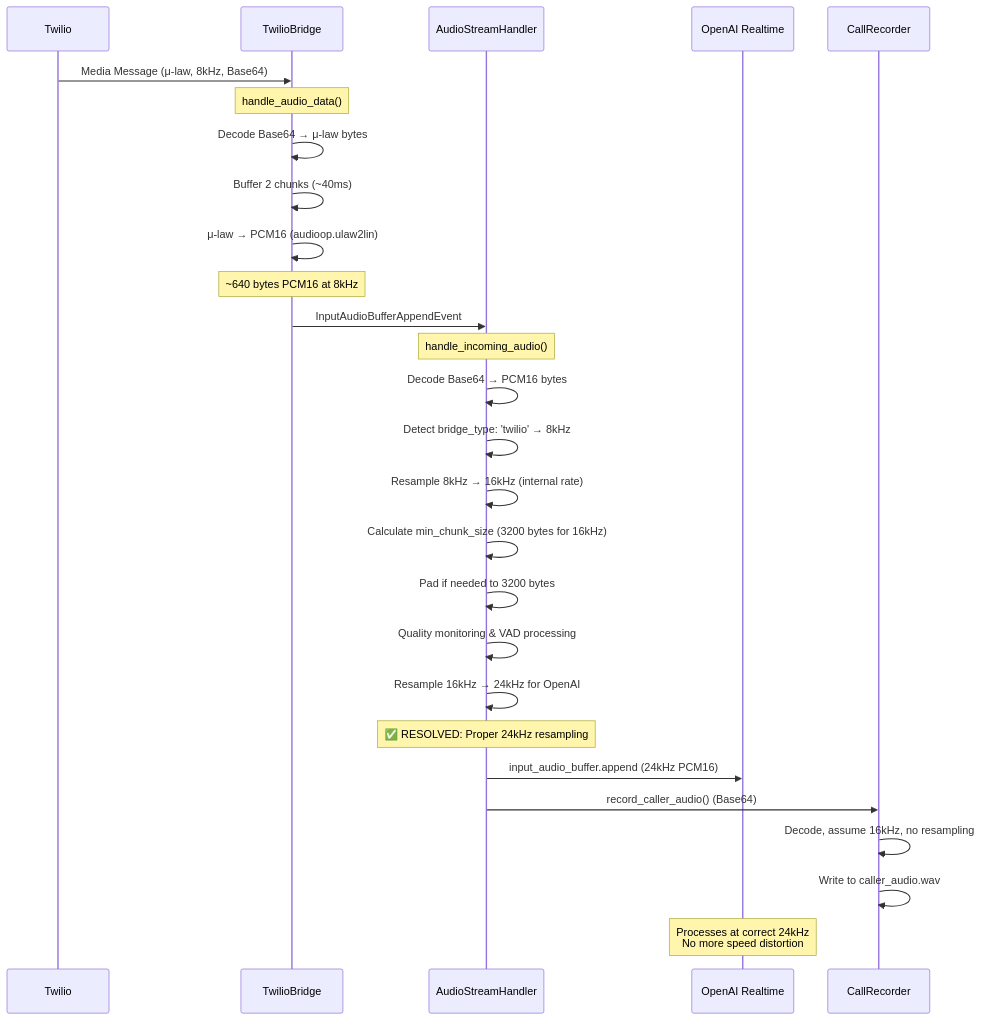
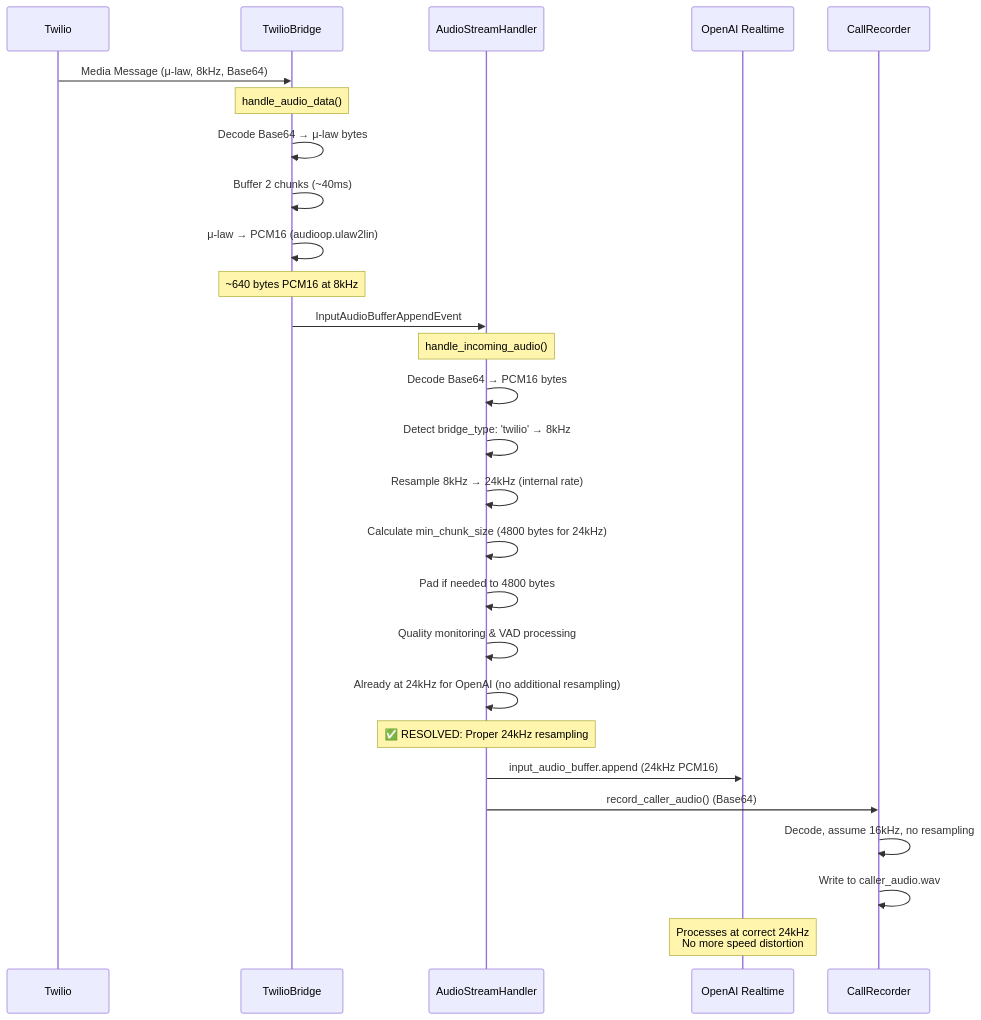
The fifth of 9 diagrams in docs/core/audio_technical_implementation.md (csmangum/opusagent), drawn with Mermaid before and after one commit. The commit also changed other lines of this file and 11 other files, not shown here.

````diff
--- a/docs/core/audio_technical_implementation.md
+++ b/docs/core/audio_technical_implementation.md
@@ -161,33 +162,33 @@
 ```mermaid
 sequenceDiagram
     participant T as Twilio
     participant TB as TwilioBridge
     participant ASH as AudioStreamHandler
     participant OAI as OpenAI Realtime
     participant CR as CallRecorder
     
     T->>TB: Media Message (μ-law, 8kHz, Base64)
     Note over TB: handle_audio_data()
     TB->>TB: Decode Base64 → μ-law bytes
     TB->>TB: Buffer 2 chunks (~40ms)
     TB->>TB: μ-law → PCM16 (audioop.ulaw2lin)
     Note over TB: ~640 bytes PCM16 at 8kHz
     TB->>ASH: InputAudioBufferAppendEvent
     
     Note over ASH: handle_incoming_audio()
     ASH->>ASH: Decode Base64 → PCM16 bytes
     ASH->>ASH: Detect bridge_type: 'twilio' → 8kHz
-    ASH->>ASH: Resample 8kHz → 16kHz (internal rate)
-    ASH->>ASH: Calculate min_chunk_size (3200 bytes for 16kHz)
-    ASH->>ASH: Pad if needed to 3200 bytes
+    ASH->>ASH: Resample 8kHz → 24kHz (internal rate)
+    ASH->>ASH: Calculate min_chunk_size (4800 bytes for 24kHz)
+    ASH->>ASH: Pad if needed to 4800 bytes
     ASH->>ASH: Quality monitoring & VAD processing
-    ASH->>ASH: Resample 16kHz → 24kHz for OpenAI
+    ASH->>ASH: Already at 24kHz for OpenAI (no additional resampling)
     Note over ASH: ✅ RESOLVED: Proper 24kHz resampling
     ASH->>OAI: input_audio_buffer.append (24kHz PCM16)
     
     ASH->>CR: record_caller_audio() (Base64)
     CR->>CR: Decode, assume 16kHz, no resampling
     CR->>CR: Write to caller_audio.wav
     
     Note over OAI: Processes at correct 24kHz<br/>No more speed distortion
 ```
````
